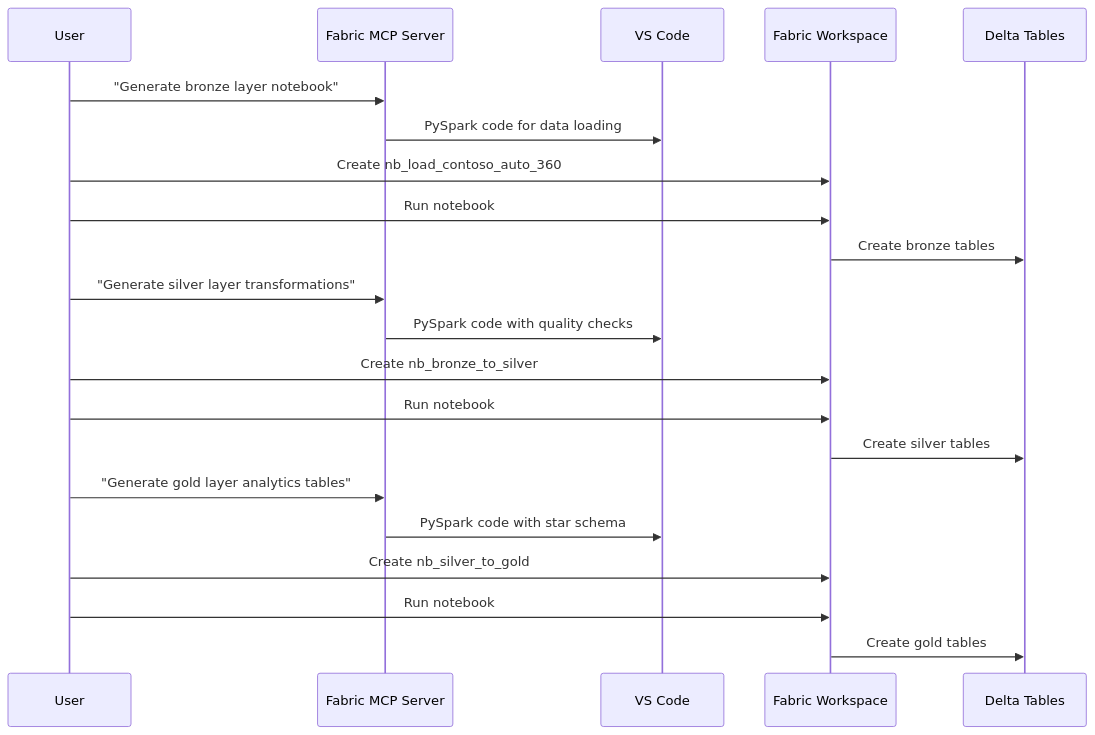
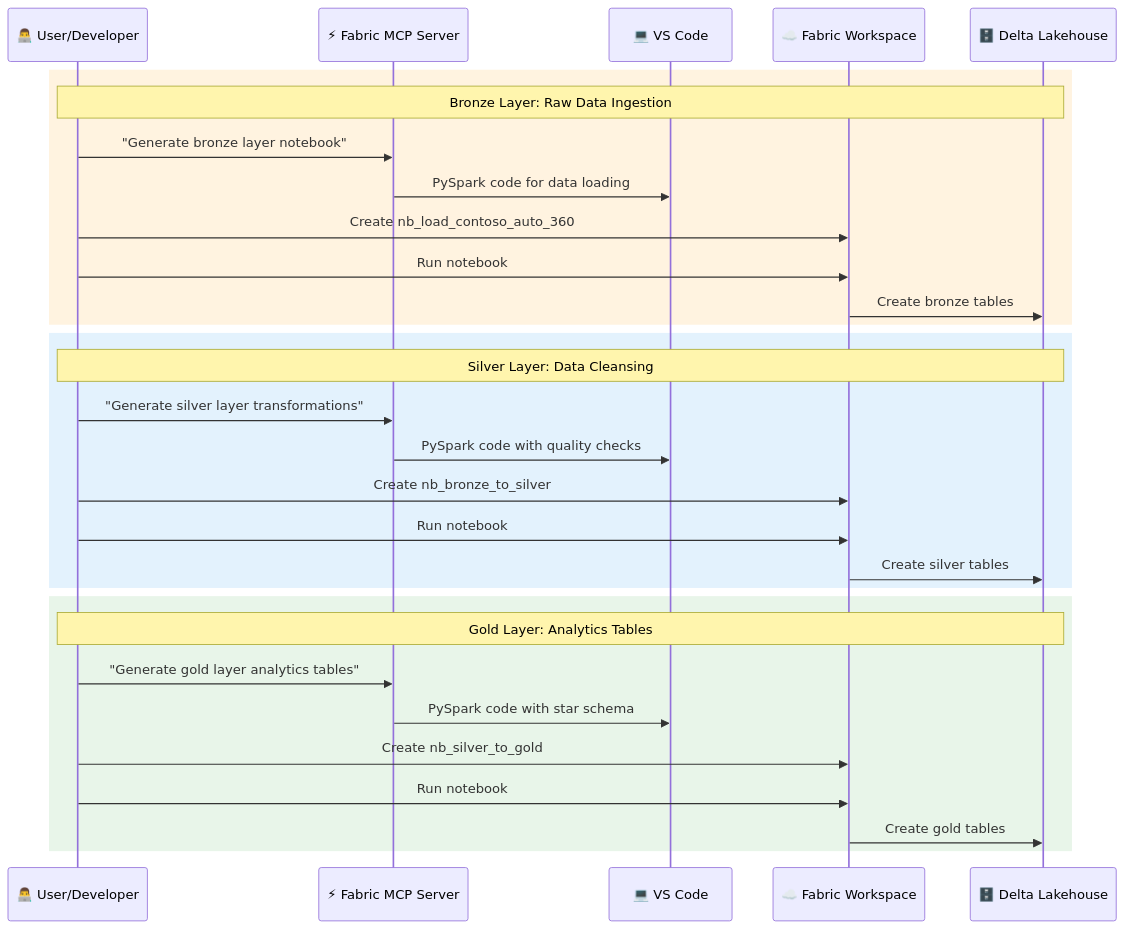
Before and after one commit to shantha05/2026-SQL-Saturday-Atlanta-AI-BI-PreCon: the second of 2 diagrams in 02-Architecture/Lab-01-Architecture.md, drawn with Mermaid. The commit also changed other lines of this file and 2 other files, not shown here.

Commit message:
Updated Architecture Diagrams

````diff
--- a/02-Architecture/Lab-01-Architecture.md
+++ b/02-Architecture/Lab-01-Architecture.md
@@ -122,26 +143,35 @@
 ```mermaid
 sequenceDiagram
-    participant User
-    participant MCP as Fabric MCP Server
-    participant VSCode as VS Code
-    participant Fabric as Fabric Workspace
-    participant Lakehouse as Delta Tables
+    participant User as 👨‍💻 User/Developer
+    participant MCP as ⚡ Fabric MCP Server
+    participant VSCode as 💻 VS Code
+    participant Fabric as ☁️ Fabric Workspace
+    participant Lakehouse as 🗄️ Delta Lakehouse
 
-    User->>MCP: "Generate bronze layer notebook"
-    MCP->>VSCode: PySpark code for data loading
-    User->>Fabric: Create nb_load_contoso_auto_360
-    User->>Fabric: Run notebook
-    Fabric->>Lakehouse: Create bronze tables
+    rect rgb(255, 243, 224)
+        Note over User,Lakehouse: Bronze Layer: Raw Data Ingestion
+        User->>MCP: "Generate bronze layer notebook"
+        MCP->>VSCode: PySpark code for data loading
+        User->>Fabric: Create nb_load_contoso_auto_360
+        User->>Fabric: Run notebook
+        Fabric->>Lakehouse: Create bronze tables
+    end
 
-    User->>MCP: "Generate silver layer transformations"
-    MCP->>VSCode: PySpark code with quality checks
-    User->>Fabric: Create nb_bronze_to_silver
-    User->>Fabric: Run notebook
-    Fabric->>Lakehouse: Create silver tables
+    rect rgb(227, 242, 253)
+        Note over User,Lakehouse: Silver Layer: Data Cleansing
+        User->>MCP: "Generate silver layer transformations"
+        MCP->>VSCode: PySpark code with quality checks
+        User->>Fabric: Create nb_bronze_to_silver
+        User->>Fabric: Run notebook
+        Fabric->>Lakehouse: Create silver tables
+    end
 
-    User->>MCP: "Generate gold layer analytics tables"
-    MCP->>VSCode: PySpark code with star schema
-    User->>Fabric: Create nb_silver_to_gold
-    User->>Fabric: Run notebook
-    Fabric->>Lakehouse: Create gold tables
+    rect rgb(232, 245, 233)
+        Note over User,Lakehouse: Gold Layer: Analytics Tables
+        User->>MCP: "Generate gold layer analytics tables"
+        MCP->>VSCode: PySpark code with star schema
+        User->>Fabric: Create nb_silver_to_gold
+        User->>Fabric: Run notebook
+        Fabric->>Lakehouse: Create gold tables
+    end
 ```
````
